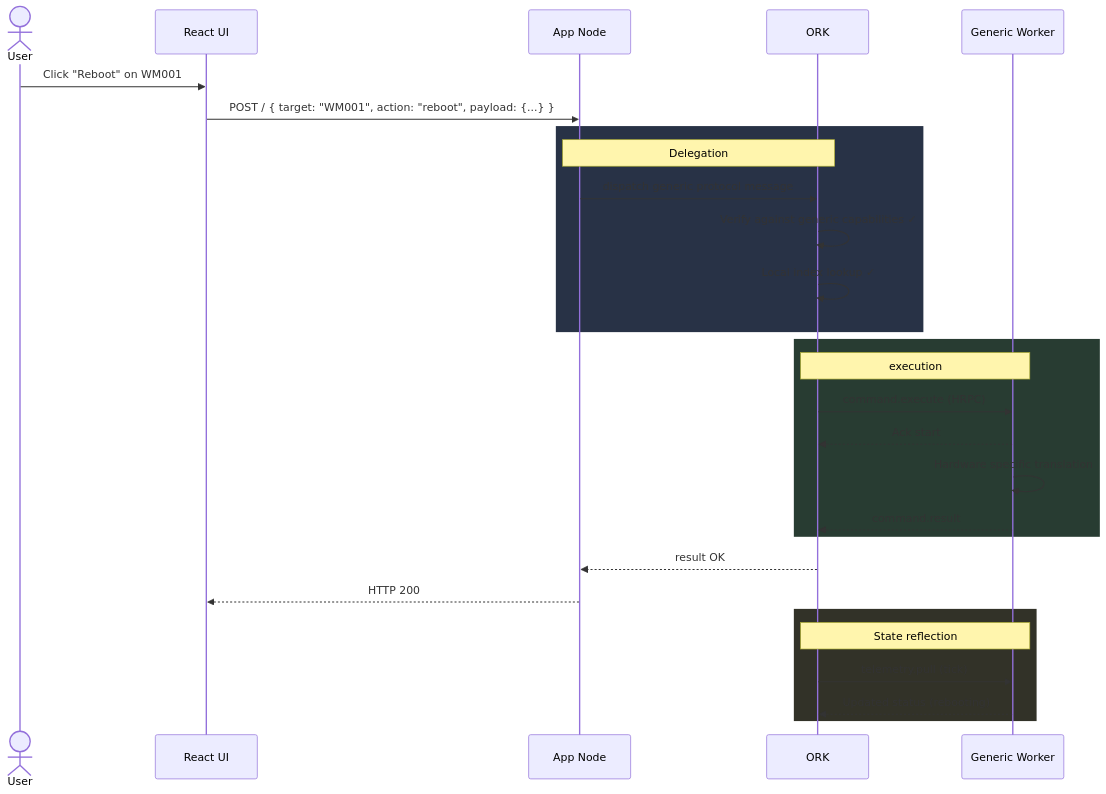
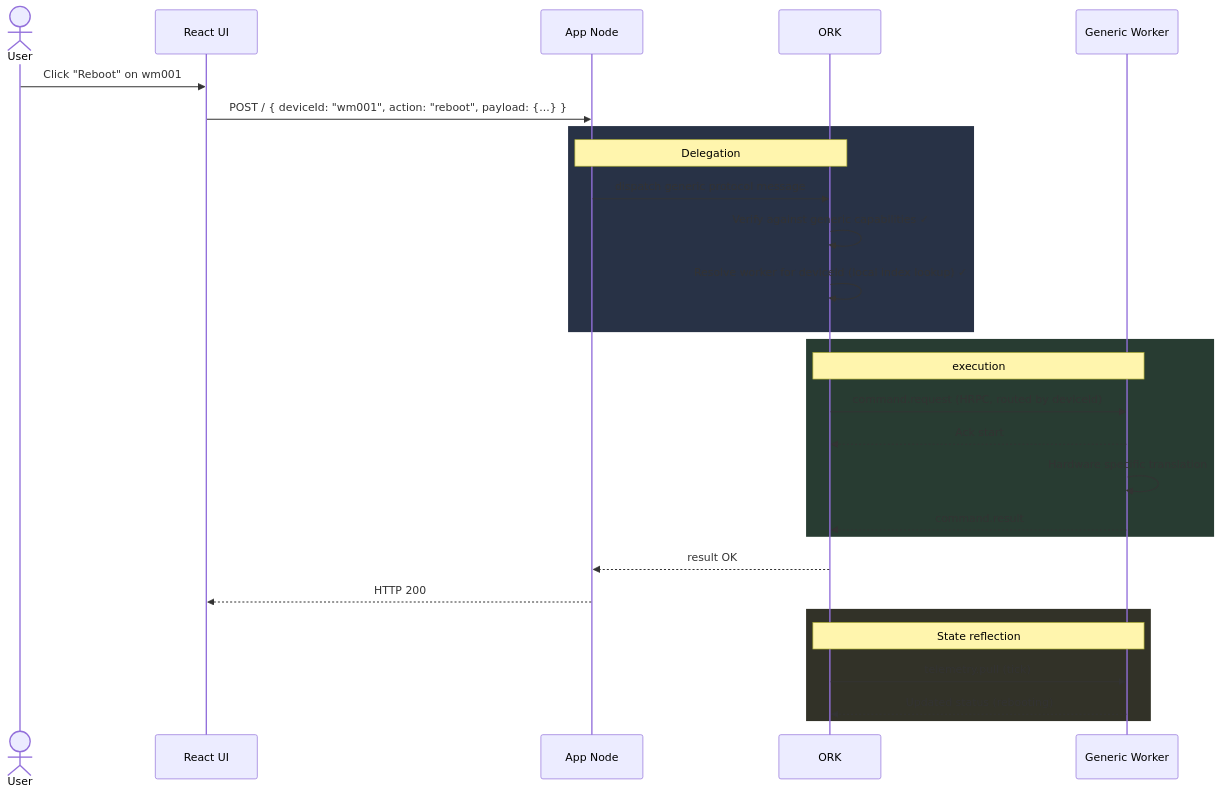
Before and after one commit to Gio-Galt/mdk-be: the third of 4 diagrams in docs/hld.md, drawn with Mermaid. The commit also changed other lines of this file, not shown here.

````diff
--- a/docs/hld.md
+++ b/docs/hld.md
@@ -272,35 +305,35 @@
 ```mermaid
 sequenceDiagram
     actor User
     participant UI as React UI
     participant Node as App Node
     participant ORK as ORK
     participant Worker as Generic Worker
 
-    User->>UI: Click "Reboot" on WM001
-    UI->>Node: POST / { target: "WM001", action: "reboot", payload: {...} }
+    User->>UI: Click "Reboot" on wm001
+    UI->>Node: POST / { deviceId: "wm001", action: "reboot", payload: {...} }
 
     rect rgb(40, 50, 70)
     Note over Node,ORK: Delegation
     Node->>ORK: dispatch generic protocol message
     ORK->>ORK: Verify against generic capabilities ✓
-    ORK->>ORK: Local index lookup ✓
+    ORK->>ORK: Resolve worker for deviceId (local index lookup) ✓
     end
 
     rect rgb(40, 60, 50)
     Note over ORK,Worker: execution
-    ORK->>Worker: command.execute (HRPC)
+    ORK->>Worker: command.request (HRPC, routed by deviceId)
     Worker-->>ORK: Ack start
     Worker->>Worker: Hardware specific translation
     Worker-->>ORK: command.result
     end
 
     ORK-->>Node: result OK
     Node-->>UI: HTTP 200
 
     rect rgb(50, 50, 40)
     Note over Worker,ORK: State reflection
     ORK->>Worker: telemetry.pull (tick)
     Worker-->>ORK: Updated status (rebooting)
     end
 ```
````
